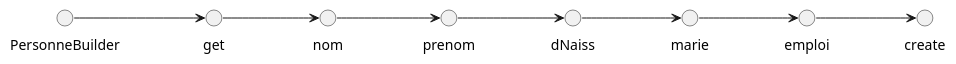
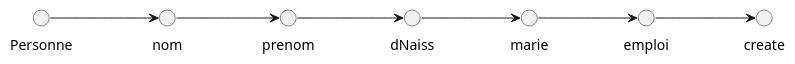
One commit to stef38-code/bibliotheque changed the diagram in src/docs/asciidoc/diagrams/fluentCas4_1.puml. Above: the diagram before and after it, drawn with PlantUML. The commit also changed 18 other files, not shown here.

```diff
--- a/src/docs/asciidoc/diagrams/fluentCas4_1.puml
+++ b/src/docs/asciidoc/diagrams/fluentCas4_1.puml
@@ -1,20 +1,18 @@
 @startuml
 
 left to right direction
-circle PersonneBuilder
-circle get
+circle Personne
 circle nom
 circle prenom
 circle dNaiss
 circle emploi
 circle marie
 circle create
-PersonneBuilder --> get
-get --> nom
+Personne --> nom
 nom --> prenom
 prenom --> dNaiss
 dNaiss --> marie
 marie --> emploi
 emploi --> create
 
 @enduml
```
